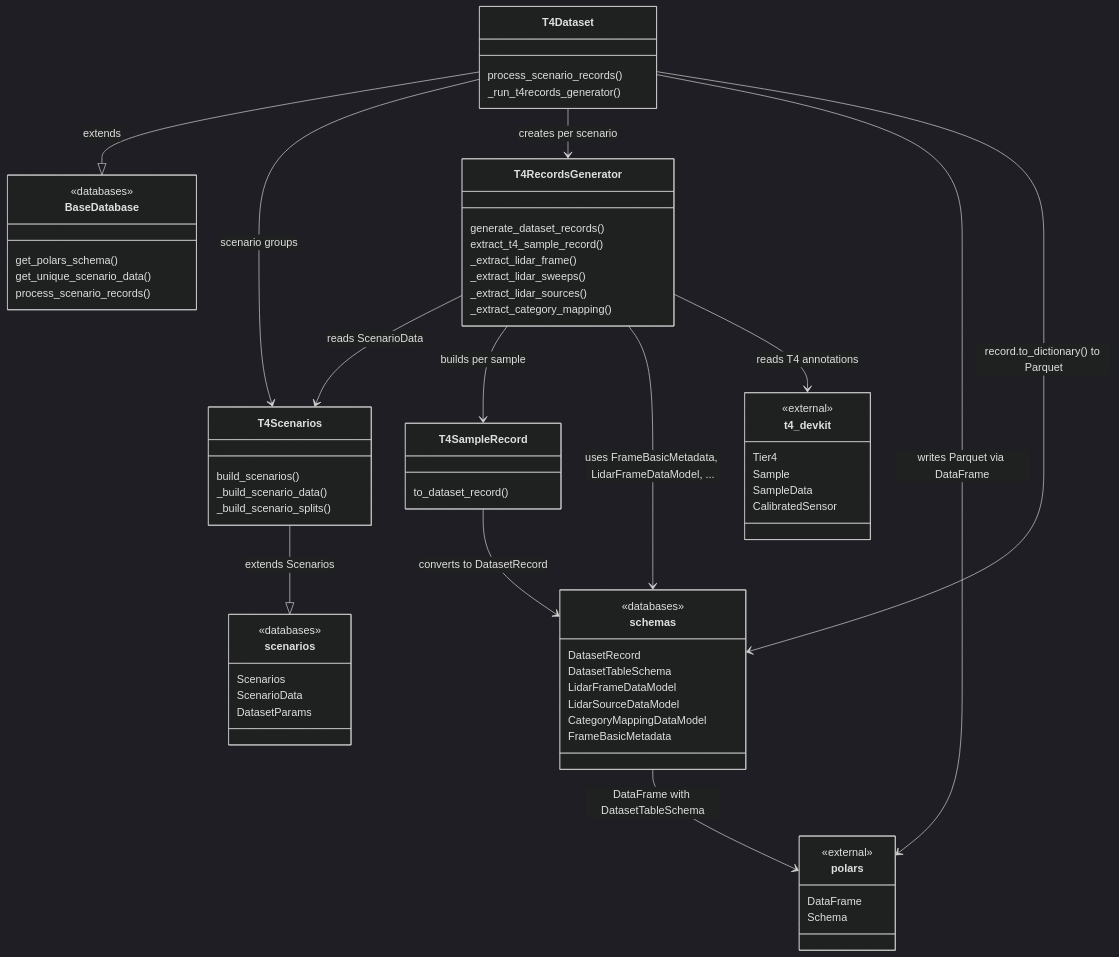
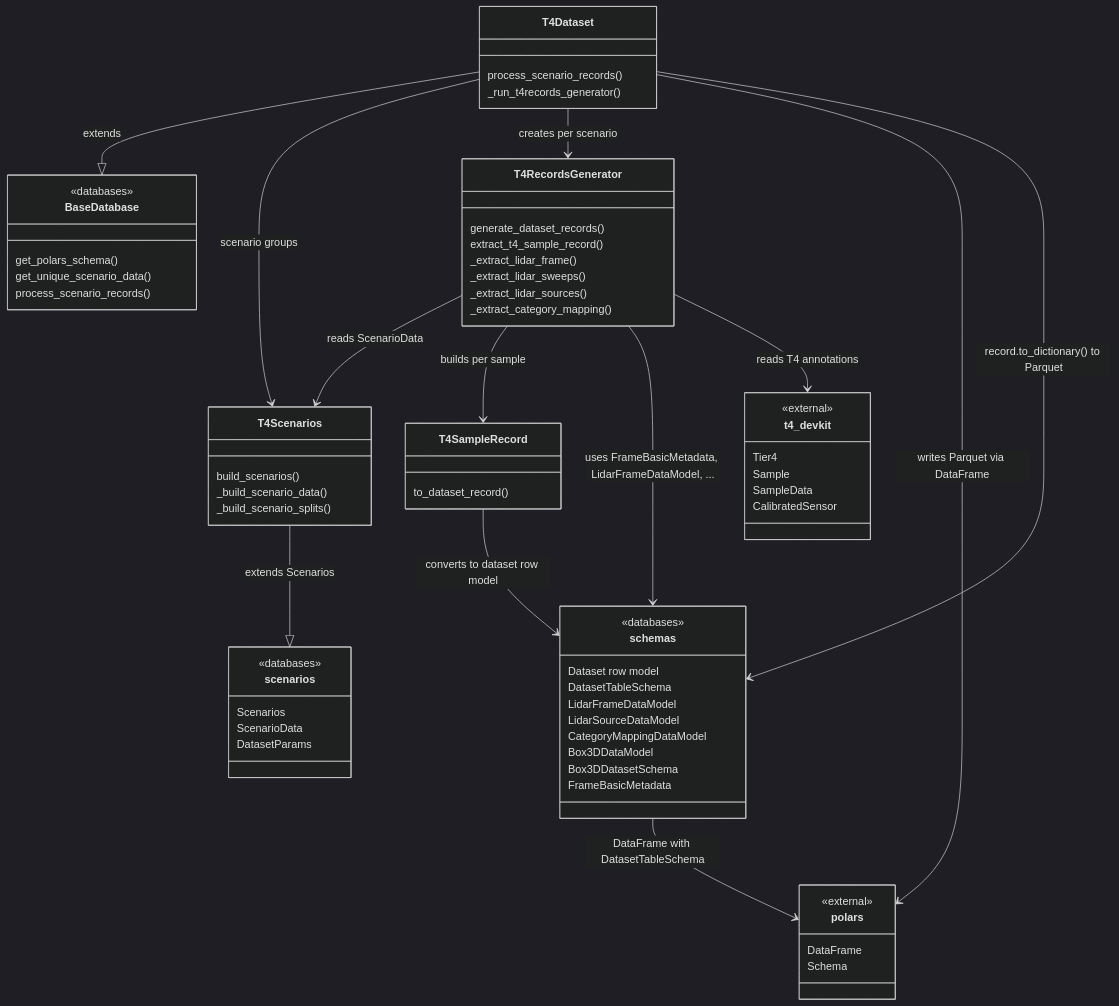
The diagram in docs/databases/t4dataset.md (tier4/autoware-ml), drawn with Mermaid (dark theme) before and after one commit. The commit also changed other lines of this file and 31 other files, not shown here.

Commit message:
feat(T4Dataset): add box3d annotations to caches (#45)

```diff
--- a/docs/databases/t4dataset.md
+++ b/docs/databases/t4dataset.md
@@ -53,11 +53,13 @@
 
     class schemas {
         <<databases>>
-        DatasetRecord
+        Dataset row model
         DatasetTableSchema
         LidarFrameDataModel
         LidarSourceDataModel
         CategoryMappingDataModel
+        Box3DDataModel
+        Box3DDatasetSchema
         FrameBasicMetadata
     }
 
@@ -104,7 +106,7 @@
     T4RecordsGenerator --> schemas : uses FrameBasicMetadata, LidarFrameDataModel, ...
     T4RecordsGenerator --> t4_devkit : reads T4 annotations
 
-    T4SampleRecord --> schemas : converts to DatasetRecord
+    T4SampleRecord --> schemas : converts to dataset row model
 
     T4Dataset --> schemas : record.to_dictionary() to Parquet
     schemas --> polars : DataFrame with DatasetTableSchema
```
